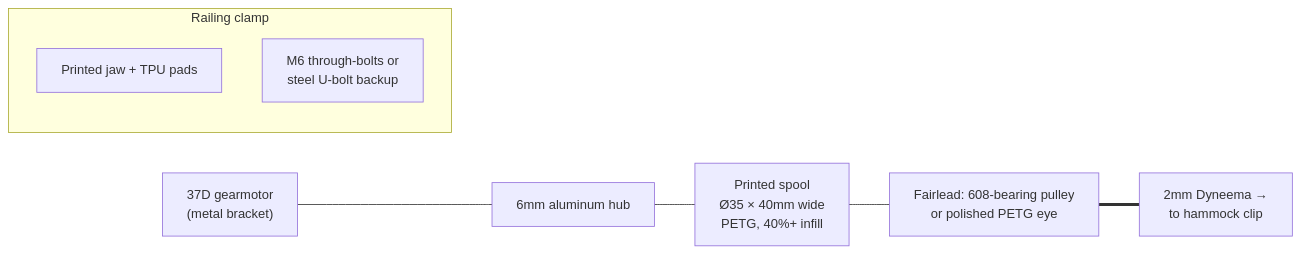
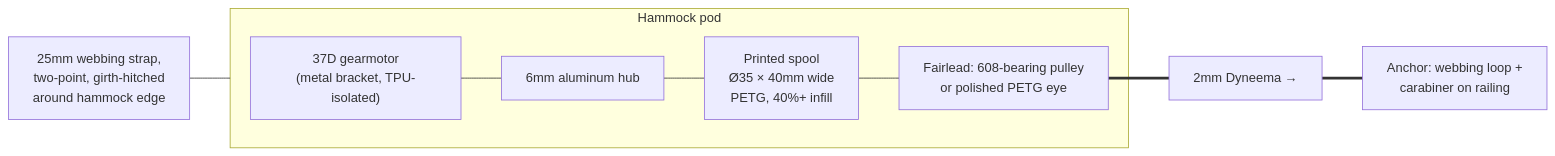
The diagram in docs/02-motor-and-winch.md (GeorgeSheppard/HammockPro), drawn with Mermaid before and after one commit. The commit also changed other lines of this file and 9 other files, not shown here.

First line of the commit message:
Rework architecture: single hammock-mounted pod with passive anchor

````diff
--- a/docs/02-motor-and-winch.md
+++ b/docs/02-motor-and-winch.md
@@ -110,11 +112,10 @@
 ```mermaid
 flowchart LR
-    M["37D gearmotor<br/>(metal bracket)"] --- H["6mm aluminum hub"] --- S["Printed spool<br/>Ø35 × 40mm wide<br/>PETG, 40%+ infill"]
-    S --- FL["Fairlead: 608-bearing pulley<br/>or polished PETG eye"]
-    FL === LINE["2mm Dyneema →<br/>to hammock clip"]
-    subgraph CLAMP["Railing clamp"]
-        direction TB
-        C1["Printed jaw + TPU pads"]
-        C2["M6 through-bolts or<br/>steel U-bolt backup"]
+    subgraph POD["Hammock pod"]
+        M["37D gearmotor<br/>(metal bracket, TPU-isolated)"] --- H["6mm aluminum hub"] --- S["Printed spool<br/>Ø35 × 40mm wide<br/>PETG, 40%+ infill"]
+        S --- FL["Fairlead: 608-bearing pulley<br/>or polished PETG eye"]
     end
+    STRAP["25mm webbing strap,<br/>two-point, girth-hitched<br/>around hammock edge"] --- POD
+    FL === LINE["2mm Dyneema →"]
+    LINE === A["Anchor: webbing loop +<br/>carabiner on railing"]
 ```
````
